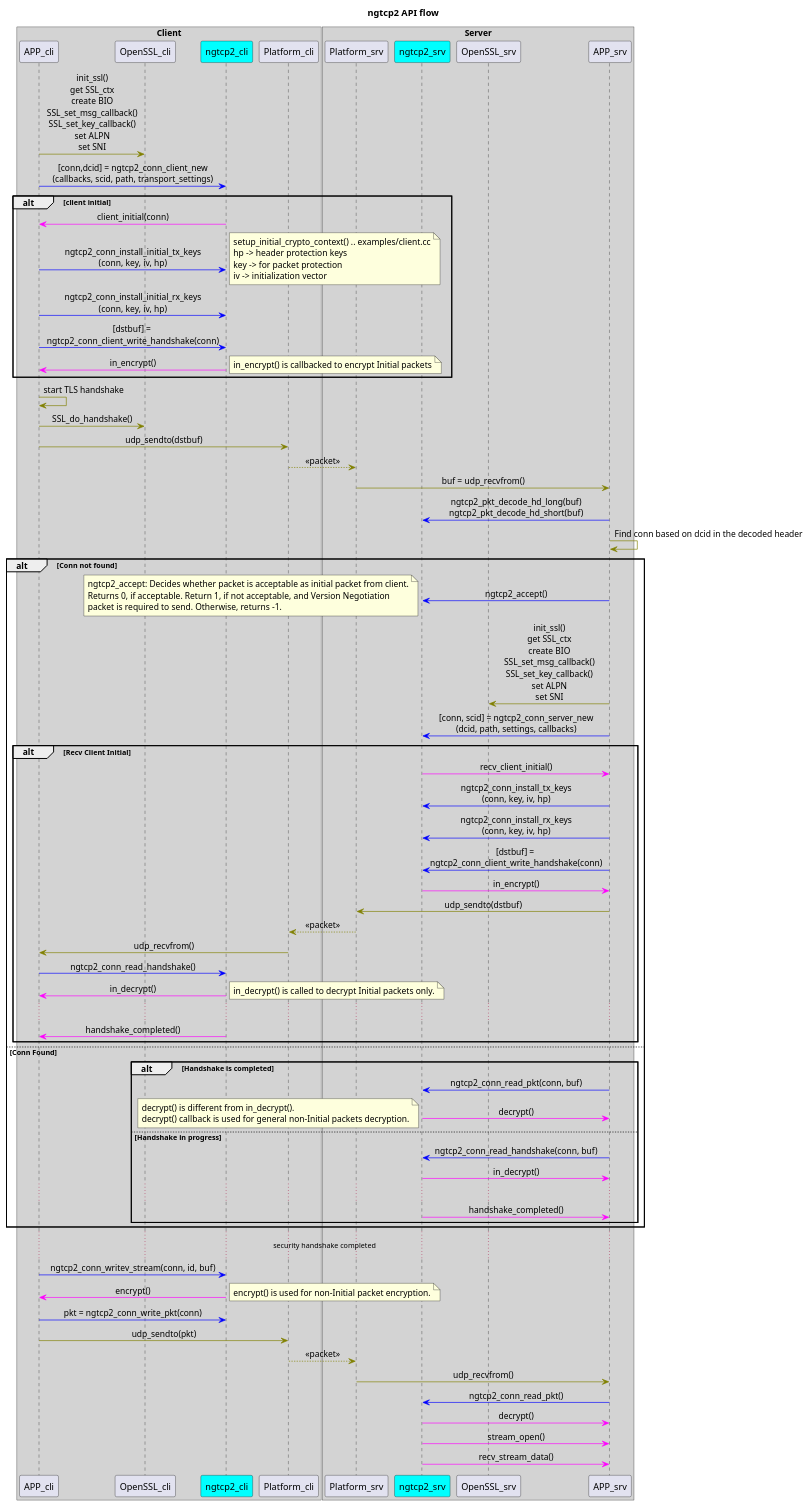
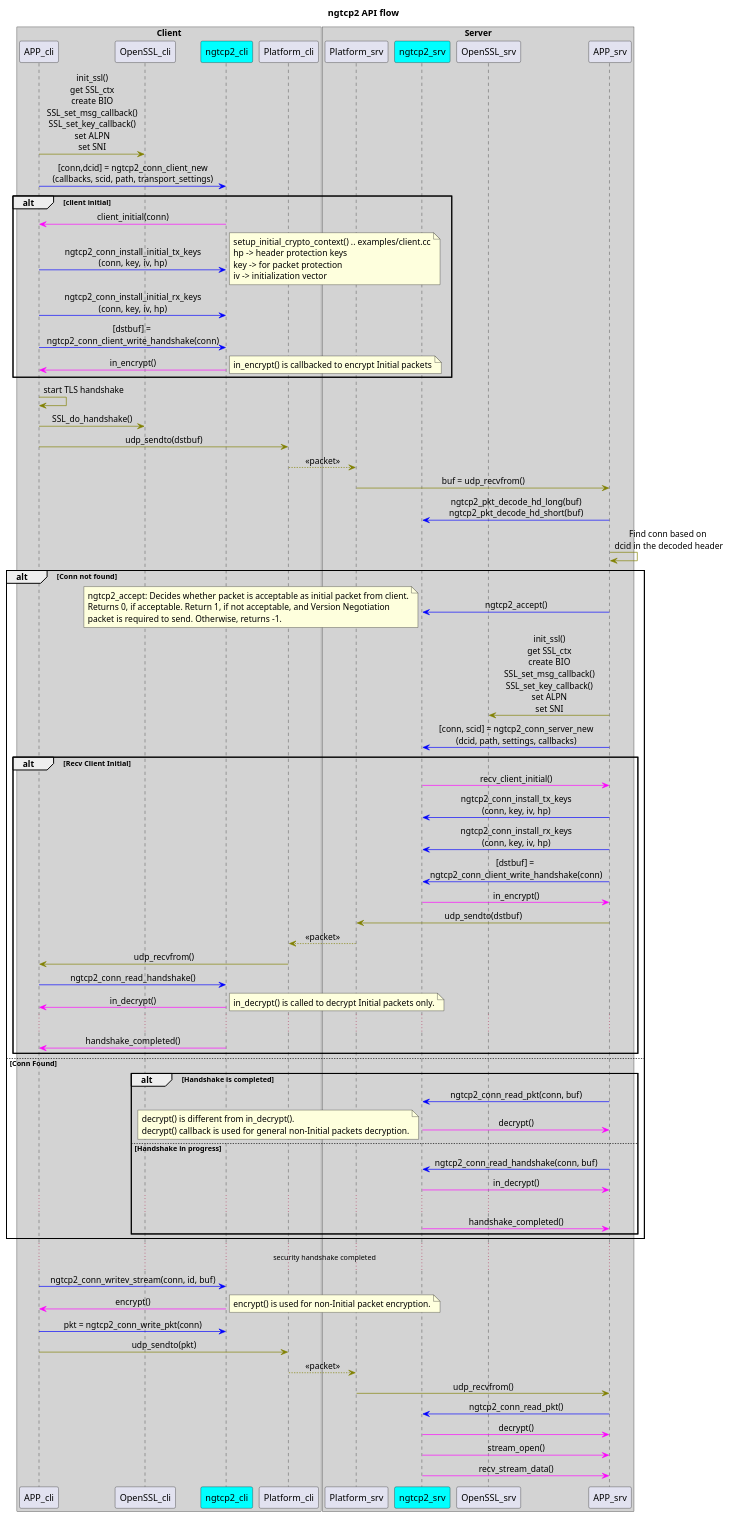
One commit to nyrahul/ngtcp2-helper changed the diagram in res/ngtcp2-api-flow.puml. Above: the diagram before and after it, drawn with PlantUML.

```diff
--- a/res/ngtcp2-api-flow.puml
+++ b/res/ngtcp2-api-flow.puml
@@ -1,118 +1,118 @@
 @startuml
 
 skinparam sequenceMessageAlign center
 
 skinparam sequence {
     ArrowColor Olive
 }
 
 title ngtcp2 API flow
 
 box "Client" #LightGray
 participant APP_cli as APPc
 participant OpenSSL_cli as SSLc
 participant ngtcp2_cli as ngc #00ffff
 participant Platform_cli as Pc
 end box
 
 box "Server" #LightGray
 participant Platform_srv as Ps
 participant ngtcp2_srv as ngs #00ffff
 participant OpenSSL_srv as SSLs
 participant APP_srv as APPs
 end box
 
 APPc -> SSLc: init_ssl()\nget SSL_ctx\ncreate BIO\nSSL_set_msg_callback()\nSSL_set_key_callback()\nset ALPN\nset SNI
 
 APPc [#blue]-> ngc: [conn,dcid] = ngtcp2_conn_client_new\n(callbacks, scid, path, transport_settings)
 
 alt client initial
 ngc [#magenta]-> APPc: client_initial(conn)
 APPc [#blue]-> ngc: ngtcp2_conn_install_initial_tx_keys\n(conn, key, iv, hp)
 note right
 setup_initial_crypto_context() .. examples/client.cc
 hp -> header protection keys
 key -> for packet protection
 iv -> initialization vector
 end note
 
 APPc [#blue]-> ngc: ngtcp2_conn_install_initial_rx_keys\n(conn, key, iv, hp)
 
 APPc [#blue]-> ngc: [dstbuf] = \nngtcp2_conn_client_write_handshake(conn)
 ngc [#magenta]-> APPc: in_encrypt()
 note right
 in_encrypt() is callbacked to encrypt Initial packets
 end note
 end 'client initial
 
 APPc -> APPc: start TLS handshake
 APPc -> SSLc: SSL_do_handshake()
 APPc -> Pc: udp_sendto(dstbuf)
 Pc --> Ps: << packet >>
 
 Ps -> APPs: buf = udp_recvfrom()
 APPs [#blue]-> ngs: ngtcp2_pkt_decode_hd_long(buf)\nngtcp2_pkt_decode_hd_short(buf)
-APPs -> APPs: Find conn based on dcid in the decoded header
+APPs -> APPs: Find conn based on \ndcid in the decoded header
 
 alt Conn not found
 APPs [#blue]-> ngs: ngtcp2_accept()
 note left
 ngtcp2_accept: Decides whether packet is acceptable as initial packet from client.
 Returns 0, if acceptable. Return 1, if not acceptable, and Version Negotiation
 packet is required to send. Otherwise, returns -1.
 end note
 
 APPs -> SSLs: init_ssl()\nget SSL_ctx\ncreate BIO\nSSL_set_msg_callback()\nSSL_set_key_callback()\nset ALPN\nset SNI
 APPs [#blue]-> ngs: [conn, scid] = ngtcp2_conn_server_new\n(dcid, path, settings, callbacks)
 
 alt Recv Client Initial
 ngs [#magenta]-> APPs: recv_client_initial()
 APPs [#blue]-> ngs: ngtcp2_conn_install_tx_keys\n(conn, key, iv, hp)
 APPs [#blue]-> ngs: ngtcp2_conn_install_rx_keys\n(conn, key, iv, hp)
 APPs [#blue]-> ngs: [dstbuf] = \nngtcp2_conn_client_write_handshake(conn)
 ngs [#magenta]-> APPs: in_encrypt()
 APPs -> Ps: udp_sendto(dstbuf)
 Ps --> Pc: << packet >>
 Pc -> APPc: udp_recvfrom()
 APPc [#blue]-> ngc: ngtcp2_conn_read_handshake()
 ngc [#magenta]-> APPc: in_decrypt()
 note right
 in_decrypt() is called to decrypt Initial packets only.
 end note
 ...
 ngc [#magenta]-> APPc: handshake_completed()
 end 'Recv Client Initial
 
 else Conn Found
     alt Handshake is completed
     APPs [#blue]-> ngs: ngtcp2_conn_read_pkt(conn, buf)
     ngs [#magenta]-> APPs: decrypt()
     note left
     decrypt() is different from in_decrypt().
     decrypt() callback is used for general non-Initial packets decryption.
     end note
     else Handshake in progress
         APPs [#blue]-> ngs: ngtcp2_conn_read_handshake(conn, buf)
         ngs [#magenta]-> APPs: in_decrypt()
         ...
         ngs [#magenta]-> APPs: handshake_completed()
     end 'Handshake
 end 'conn presence
 
 ... security handshake completed ...
 
 APPc [#blue]-> ngc: ngtcp2_conn_writev_stream(conn, id, buf)
 ngc [#magenta]-> APPc: encrypt()
 note right
 encrypt() is used for non-Initial packet encryption.
 end note
 APPc [#blue]-> ngc: pkt = ngtcp2_conn_write_pkt(conn)
 APPc -> Pc: udp_sendto(pkt)
 Pc --> Ps: << packet >>
 Ps -> APPs: udp_recvfrom()
 APPs [#blue]-> ngs: ngtcp2_conn_read_pkt()
 ngs [#magenta]-> APPs: decrypt()
 ngs [#magenta]-> APPs: stream_open()
 ngs [#magenta]-> APPs: recv_stream_data()
 
 @enduml
```
